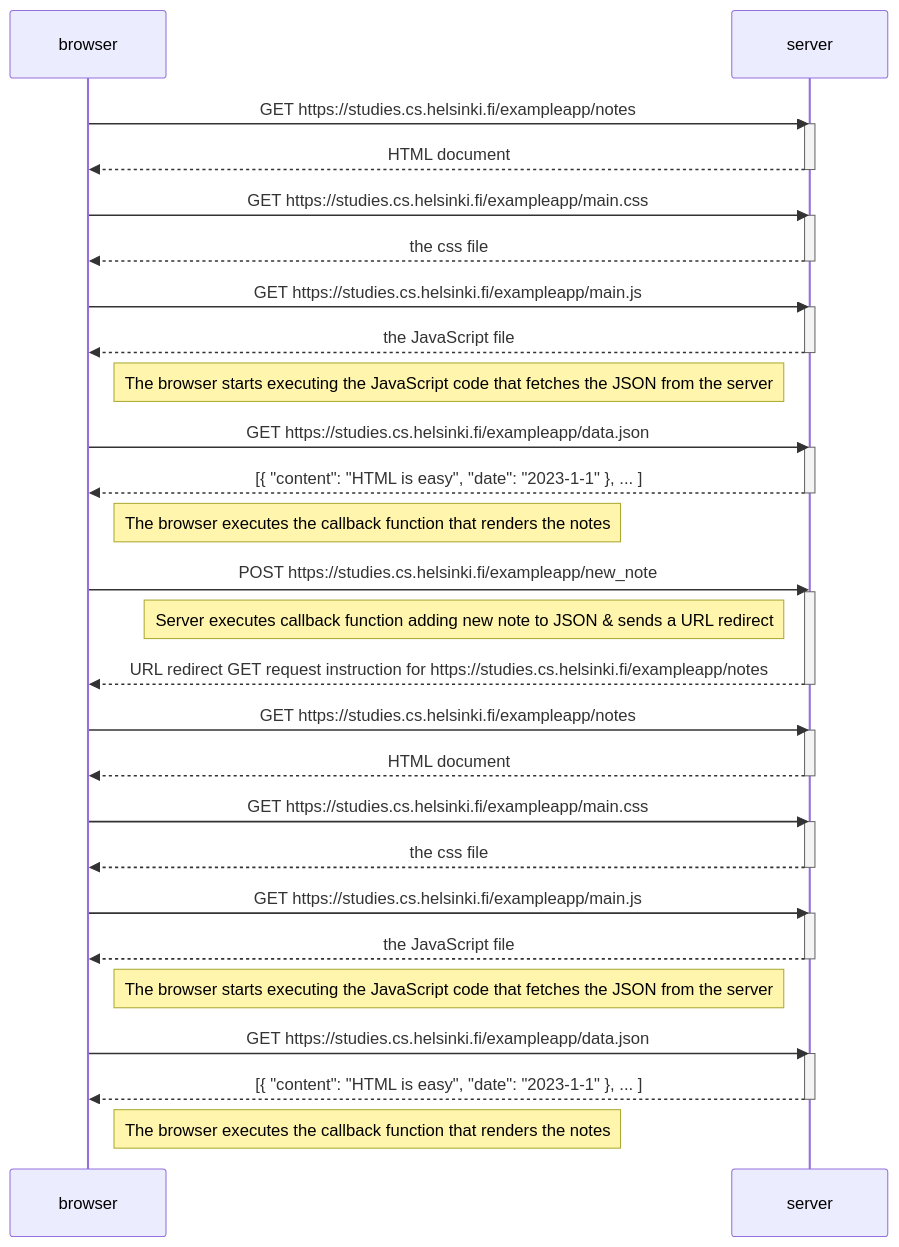
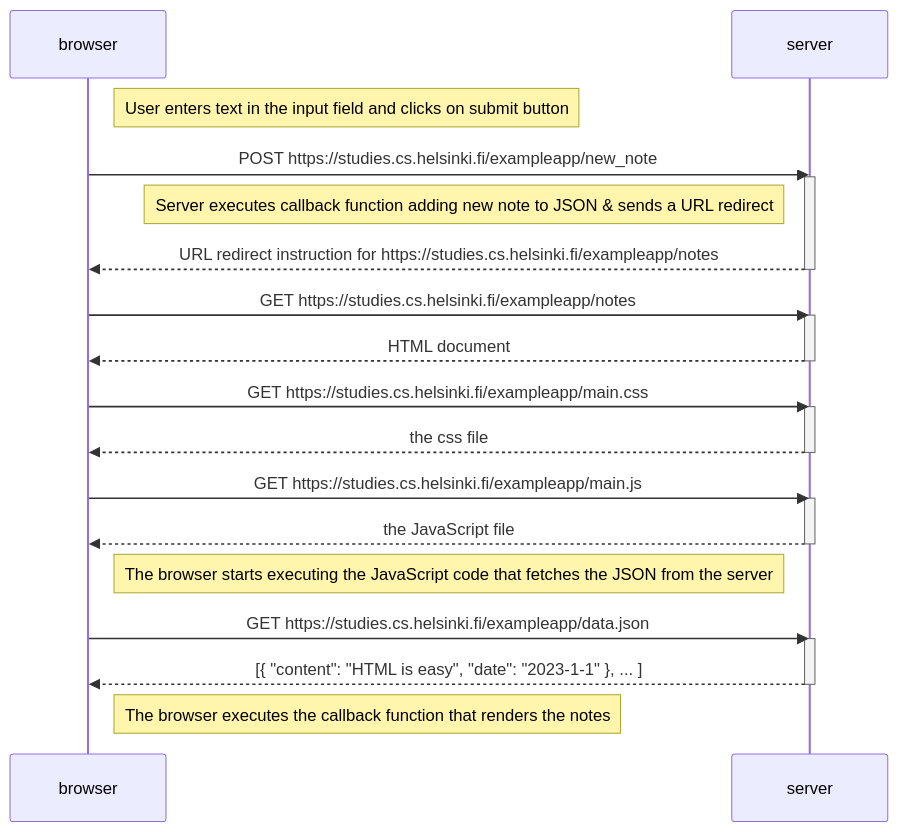
Before and after one commit to ToshitaSingh/full-stack-open: the diagram in part0--fundamentals-of-web-apps/Exercise.md, drawn with Mermaid.

Commit message:
Update solution for exercise 0.4 part 0

````diff
--- a/part0--fundamentals-of-web-apps/Exercise.md
+++ b/part0--fundamentals-of-web-apps/Exercise.md
@@ -8,58 +8,37 @@
 ```mermaid
 sequenceDiagram
   participant browser
   participant server
-    browser->>server: GET https://studies.cs.helsinki.fi/exampleapp/notes
-    activate server
-    server-->>browser: HTML document
-    deactivate server
 
-    browser->>server: GET https://studies.cs.helsinki.fi/exampleapp/main.css
-    activate server
-    server-->>browser: the css file
-    deactivate server
-
-    browser->>server: GET https://studies.cs.helsinki.fi/exampleapp/main.js
-    activate server
-    server-->>browser: the JavaScript file
-    deactivate server
-
-    Note right of browser: The browser starts executing the JavaScript code that fetches the JSON from the server
-
-    browser->>server: GET https://studies.cs.helsinki.fi/exampleapp/data.json
-    activate server
-    server-->>browser: [{ "content": "HTML is easy", "date": "2023-1-1" }, ... ]
-    deactivate server
-
-    Note right of browser: The browser executes the callback function that renders the notes
+    Note right of browser: User enters text in the input field and clicks on submit button
 
     browser->>server: POST https://studies.cs.helsinki.fi/exampleapp/new_note
     activate server
     Note left of server: Server executes callback function adding new note to JSON & sends a URL redirect
-    server-->>browser: URL redirect GET request instruction for https://studies.cs.helsinki.fi/exampleapp/notes
+    server-->>browser: URL redirect instruction for https://studies.cs.helsinki.fi/exampleapp/notes
     deactivate server
 
     browser->>server: GET https://studies.cs.helsinki.fi/exampleapp/notes
     activate server
     server-->>browser: HTML document
     deactivate server
 
     browser->>server: GET https://studies.cs.helsinki.fi/exampleapp/main.css
     activate server
     server-->>browser: the css file
     deactivate server
 
     browser->>server: GET https://studies.cs.helsinki.fi/exampleapp/main.js
     activate server
     server-->>browser: the JavaScript file
     deactivate server
 
     Note right of browser: The browser starts executing the JavaScript code that fetches the JSON from the server
 
     browser->>server: GET https://studies.cs.helsinki.fi/exampleapp/data.json
     activate server
     server-->>browser: [{ "content": "HTML is easy", "date": "2023-1-1" }, ... ]
     deactivate server
 
     Note right of browser: The browser executes the callback function that renders the notes
 ```
````
